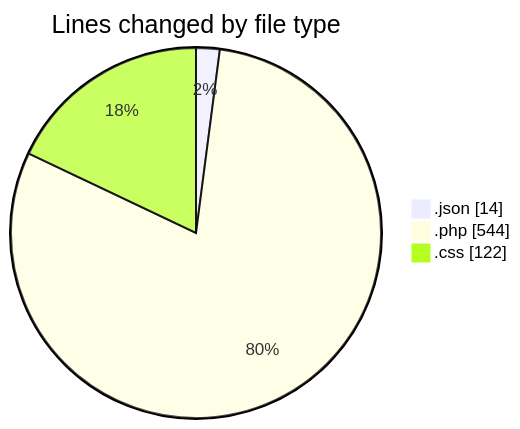
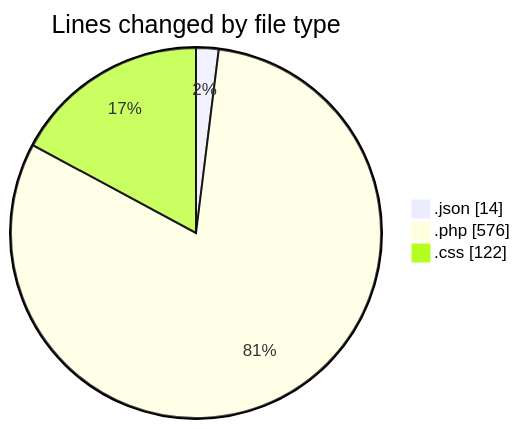
One commit to debugP/code-tracking changed the first of 2 diagrams in 2026-07-27/untitled__workspace_/README.md. Above: the diagram before and after it, drawn with Mermaid. The commit also changed other lines of this file and 1 other file, not shown here.

````diff
--- a/2026-07-27/untitled__workspace_/README.md
+++ b/2026-07-27/untitled__workspace_/README.md
@@ -23,7 +23,7 @@
 ```mermaid
 pie showData
 title Lines changed by file type
 ".json" : 14
-".php" : 544
+".php" : 576
 ".css" : 122
 ```
````
